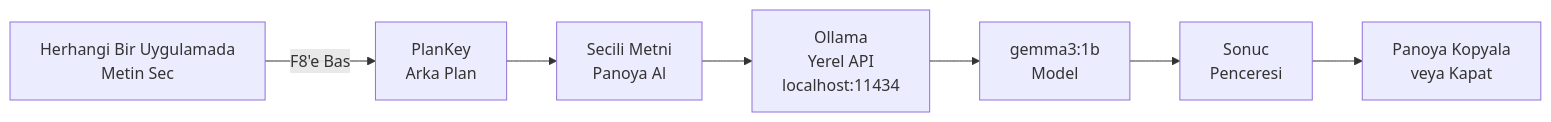
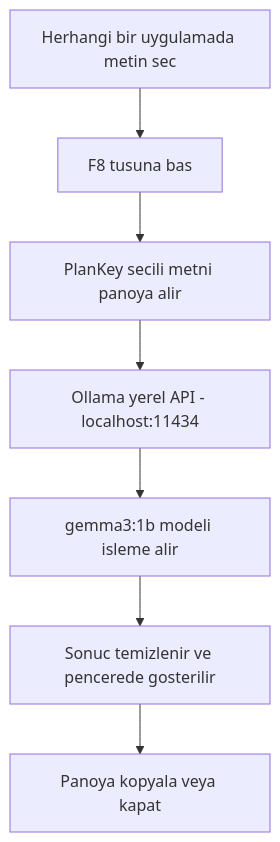
One commit to bessar2004/-PlanKey- changed the diagram in README.md. Above: the diagram before and after it, drawn with Mermaid.

Commit message:
docs: mermaid diyagrami dikey yapildi ve duzenlendi

````diff
--- a/README.md
+++ b/README.md
@@ -50,9 +50,12 @@
 ```mermaid
-flowchart LR
-    A["Herhangi Bir Uygulamada\nMetin Sec"] -->|F8'e Bas| B["PlanKey\nArka Plan"]
-    B --> C["Secili Metni\nPanoya Al"]
-    C --> D["Ollama\nYerel API\nlocalhost:11434"]
-    D --> E["gemma3:1b\nModel"]
-    E --> F["Sonuc\nPenceresi"]
-    F --> G["Panoya Kopyala\nveya Kapat"]
+flowchart TD
+    A["Herhangi bir uygulamada metin sec"]
+    B["F8 tusuna bas"]
+    C["PlanKey secili metni panoya alir"]
+    D["Ollama yerel API - localhost:11434"]
+    E["gemma3:1b modeli isleme alir"]
+    F["Sonuc temizlenir ve pencerede gosterilir"]
+    G["Panoya kopyala veya kapat"]
+
+    A --> B --> C --> D --> E --> F --> G
 ```
````
